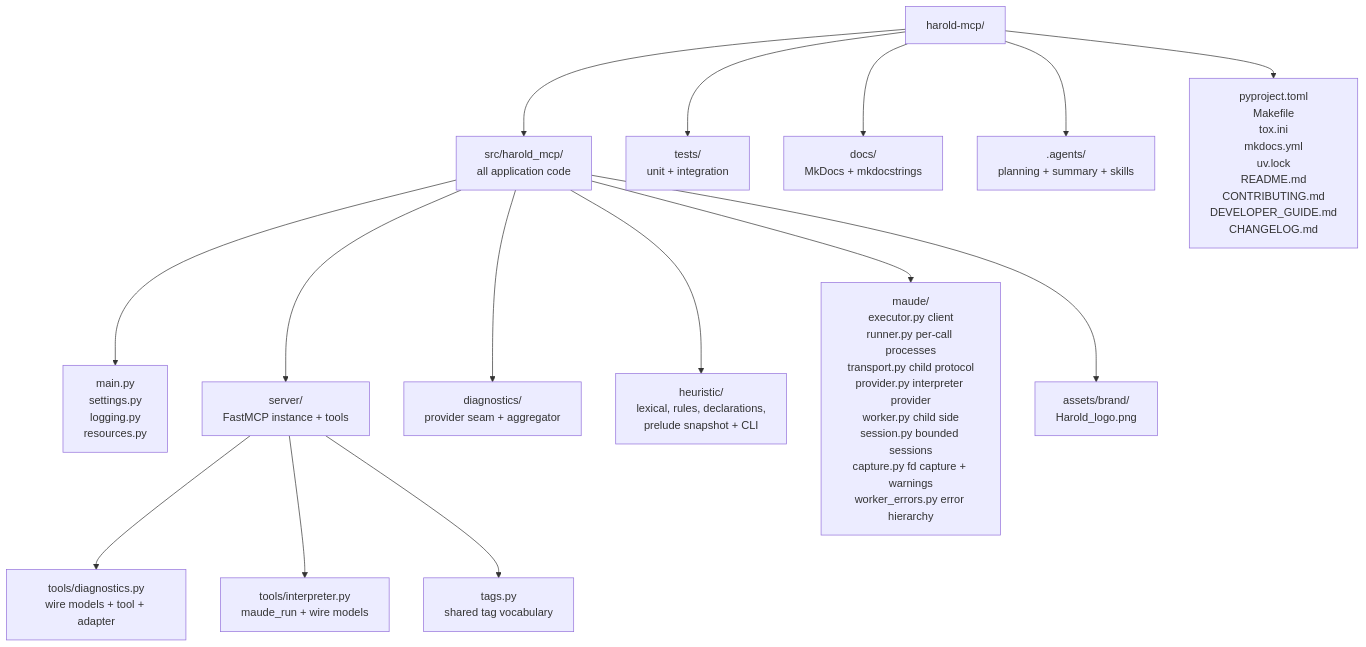
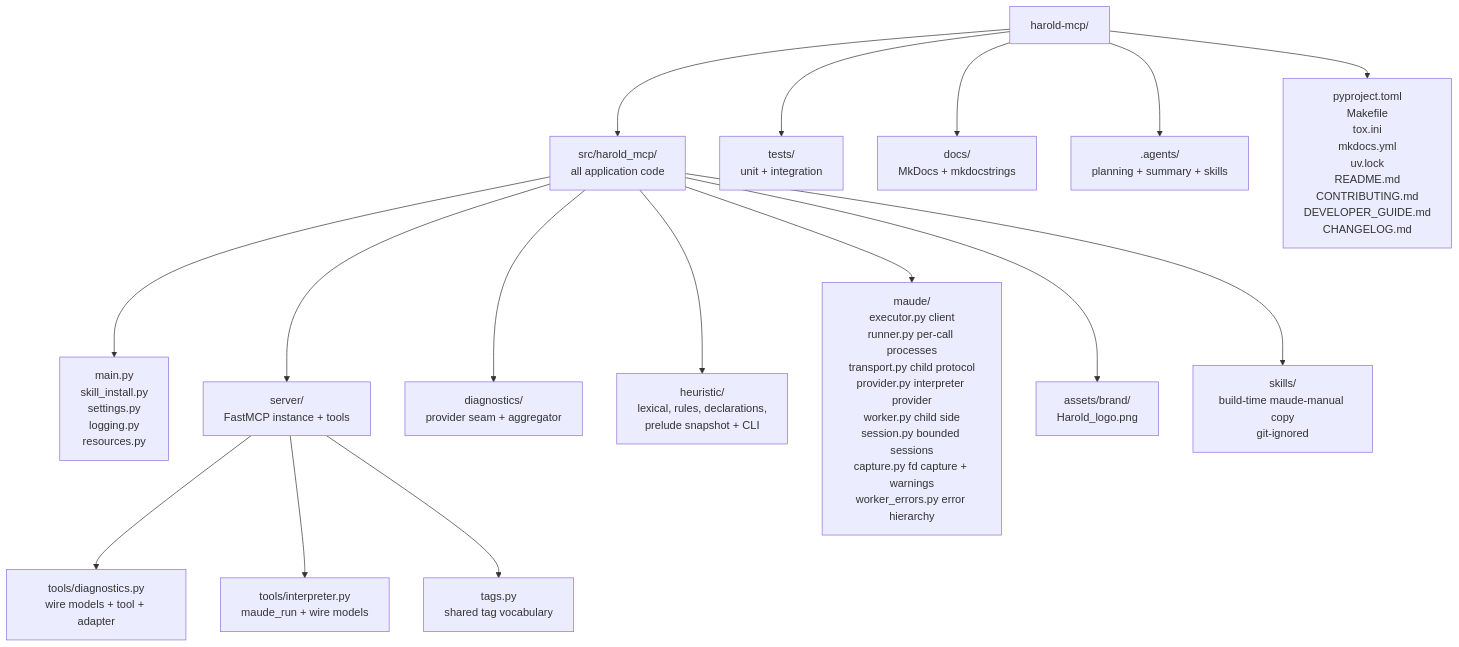
The diagram in harold-mcp/AGENTS.md (demiourgoi/Harold), drawn with Mermaid before and after one commit. The commit also changed other lines of this file and 10 other files, not shown here.

````diff
--- a/harold-mcp/AGENTS.md
+++ b/harold-mcp/AGENTS.md
@@ -41,17 +42,18 @@
 ```mermaid
 graph TB
     R[harold-mcp/] --> S[src/harold_mcp/<br>all application code]
     R --> T[tests/<br>unit + integration]
     R --> D[docs/<br>MkDocs + mkdocstrings]
     R --> A2[.agents/<br>planning + summary + skills]
-    S --> F[main.py<br>settings.py<br>logging.py<br>resources.py]
+    S --> F[main.py<br>skill_install.py<br>settings.py<br>logging.py<br>resources.py]
     S --> SRV[server/<br>FastMCP instance + tools]
     SRV --> TO[tools/diagnostics.py<br>wire models + tool + adapter]
     SRV --> TI[tools/interpreter.py<br>maude_run + wire models]
     SRV --> TG[tags.py<br>shared tag vocabulary]
     S --> DG[diagnostics/<br>provider seam + aggregator]
     S --> HL[heuristic/<br>lexical, rules, declarations,<br>prelude snapshot + CLI]
     S --> MD[maude/<br>executor.py client<br>runner.py per-call processes<br>transport.py child protocol<br>provider.py interpreter provider<br>worker.py child side<br>session.py bounded sessions<br>capture.py fd capture + warnings<br>worker_errors.py error hierarchy]
     S --> A[assets/brand/<br>Harold_logo.png]
+    S --> SK[skills/<br>build-time maude-manual copy<br>git-ignored]
     R --> C[pyproject.toml<br>Makefile<br>tox.ini<br>mkdocs.yml<br>uv.lock<br>README.md<br>CONTRIBUTING.md<br>DEVELOPER_GUIDE.md<br>CHANGELOG.md]
 ```
````
